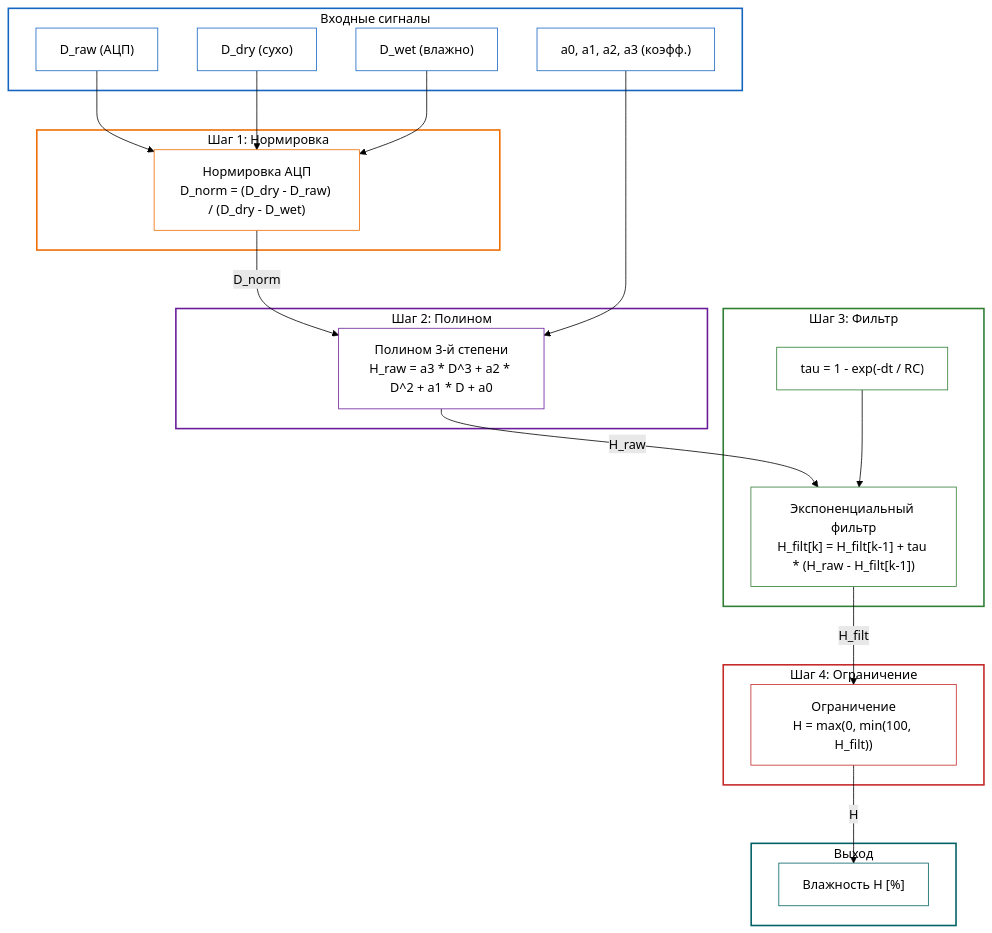
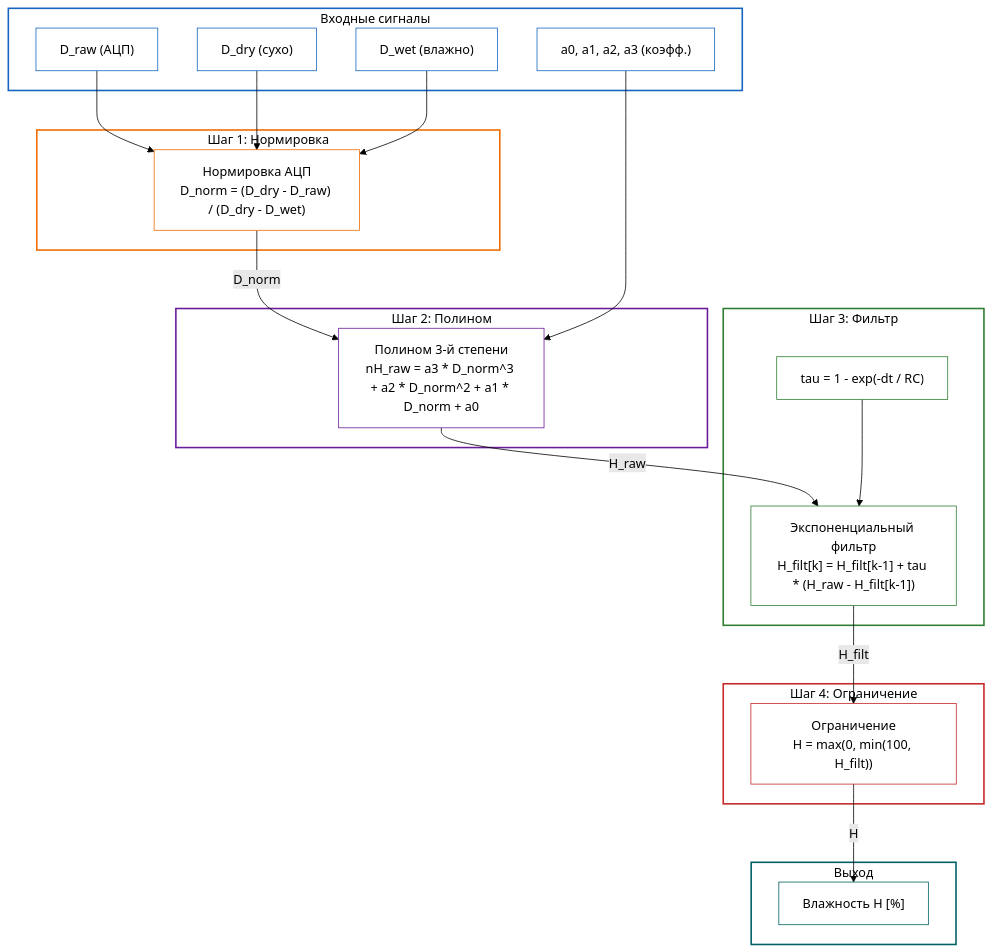
One commit to SergeyTrushnikov/LABORATORNIE changed the diagram in kursach.adoc. Above: the diagram before and after it, drawn with Mermaid (forest theme). The commit also changed other lines of this file and 1 other file, not shown here.

```diff
--- a/kursach.adoc
+++ b/kursach.adoc
@@ -597,64 +607,64 @@
 [mermaid]
 ....
 flowchart TB
     subgraph Inputs["Входные сигналы"]
         D_raw["D_raw (АЦП)"]
         D_dry["D_dry (сухо)"]
         D_wet["D_wet (влажно)"]
         Coeff["a0, a1, a2, a3 (коэфф.)"]
     end
 
     subgraph Step1["Шаг 1: Нормировка"]
         Norm["Нормировка АЦП
 D_norm = (D_dry - D_raw) / (D_dry - D_wet)"]
     end
 
     subgraph Step2["Шаг 2: Полином"]
         Poly["Полином 3-й степени
-H_raw = a3 * D^3 + a2 * D^2 + a1 * D + a0"]
+nH_raw = a3 * D_norm^3 + a2 * D_norm^2 + a1 * D_norm + a0"]
     end
 
     subgraph Step3["Шаг 3: Фильтр"]
         Tau["tau = 1 - exp(-dt / RC)"]
         Filter["Экспоненциальный фильтр
 H_filt[k] = H_filt[k-1] + tau * (H_raw - H_filt[k-1])"]
     end
 
     subgraph Step4["Шаг 4: Ограничение"]
         Clip["Ограничение
 H = max(0, min(100, H_filt))"]
     end
 
     subgraph Output["Выход"]
         Result["Влажность H [%]"]
     end
 
     D_raw --> Norm
     D_dry --> Norm
     D_wet --> Norm
     Norm -->|D_norm| Poly
     Coeff --> Poly
     Poly -->|H_raw| Filter
     Tau --> Filter
     Filter -->|H_filt| Clip
     Clip -->|H| Result
 
     style Inputs fill:#FFFFFF,stroke:#1565C0,stroke-width:2px,color:#000
     style Step1 fill:#FFFFFF,stroke:#EF6C00,stroke-width:2px,color:#000
     style Step2 fill:#FFFFFF,stroke:#6A1B9A,stroke-width:2px,color:#000
     style Step3 fill:#FFFFFF,stroke:#2E7D32,stroke-width:2px,color:#000
     style Step4 fill:#FFFFFF,stroke:#C62828,stroke-width:2px,color:#000
     style Output fill:#FFFFFF,stroke:#006064,stroke-width:2px,color:#000
 
     style D_raw fill:#FFFFFF,stroke:#1565C0,color:#000
     style D_dry fill:#FFFFFF,stroke:#1565C0,color:#000
     style D_wet fill:#FFFFFF,stroke:#1565C0,color:#000
     style Coeff fill:#FFFFFF,stroke:#1565C0,color:#000
     
     style Norm fill:#FFFFFF,stroke:#EF6C00,color:#000
     style Poly fill:#FFFFFF,stroke:#6A1B9A,color:#000
     style Tau fill:#FFFFFF,stroke:#2E7D32,color:#000
     style Filter fill:#FFFFFF,stroke:#2E7D32,color:#000
     style Clip fill:#FFFFFF,stroke:#C62828,color:#000
     style Result fill:#FFFFFF,stroke:#006064,color:#000
 ....
```
